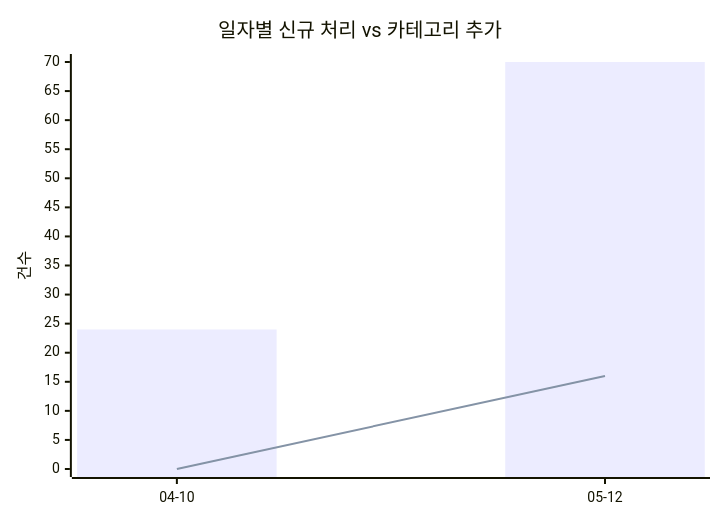
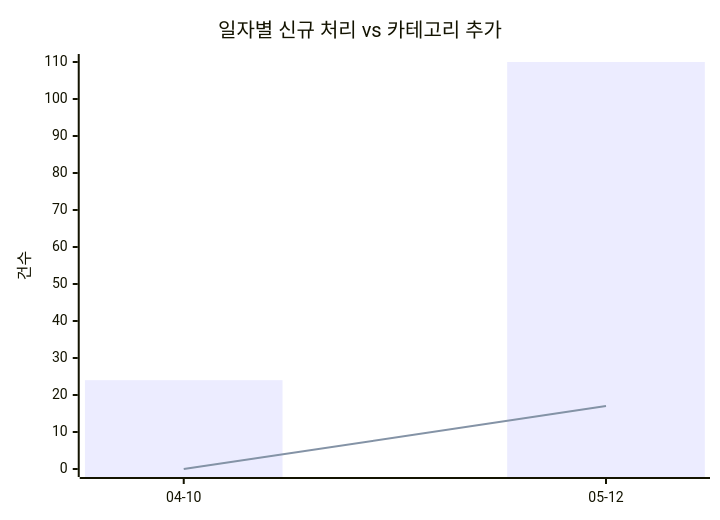
Before and after one commit to J-nowcow/awesome-korean-agent-skills: the first of 2 diagrams in docs/trends.md, drawn with Mermaid. The commit also changed other lines of this file and 5 other files, not shown here.

````diff
--- a/docs/trends.md
+++ b/docs/trends.md
@@ -32,8 +32,8 @@
 ```mermaid
 xychart-beta
     title "일자별 신규 처리 vs 카테고리 추가"
     x-axis ["04-10","05-12"]
     y-axis "건수"
-    bar [24,70]
-    line [0,16]
+    bar [24,110]
+    line [0,17]
 ```
````
